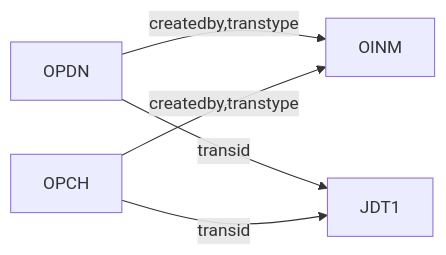
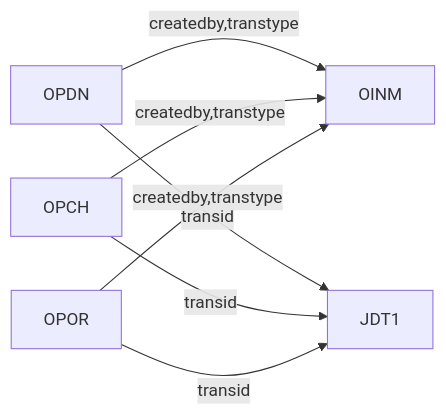
Before and after one commit to andyut/cnw_doc: the diagram in awr_PembelianChecklist.md, drawn with Mermaid. The commit also changed other lines of this file, not shown here.

````diff
--- a/awr_PembelianChecklist.md
+++ b/awr_PembelianChecklist.md
@@ -21,9 +21,11 @@
 ```mermaid
 graph LR
 A[OPDN] -->|createdby,transtype| x[OINM]
 A[OPDN] -->|transid| y[JDT1]
 
 B[OPCH] -->|createdby,transtype| x[OINM]
 B[OPCH] -->|transid| y[JDT1]
 
+C[OPOR] -->|createdby,transtype| x[OINM]
+C[OPOR] -->|transid| y[JDT1]
 ```
````
